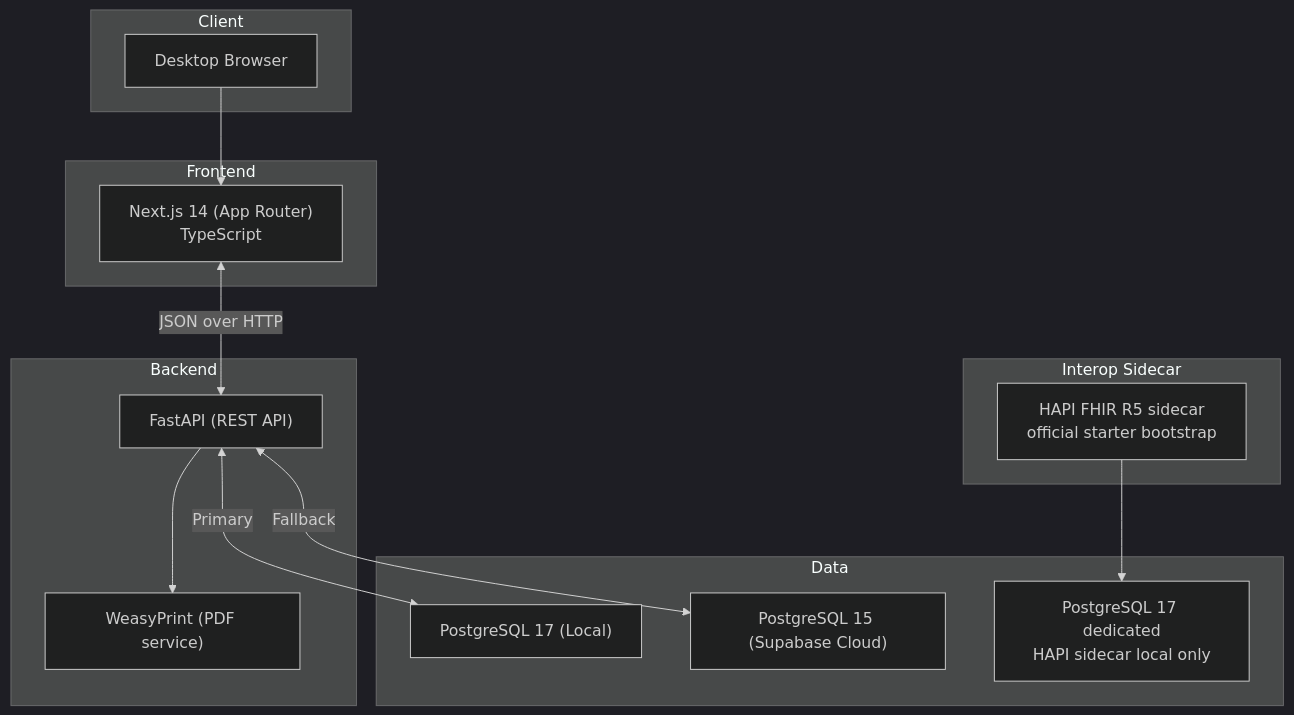
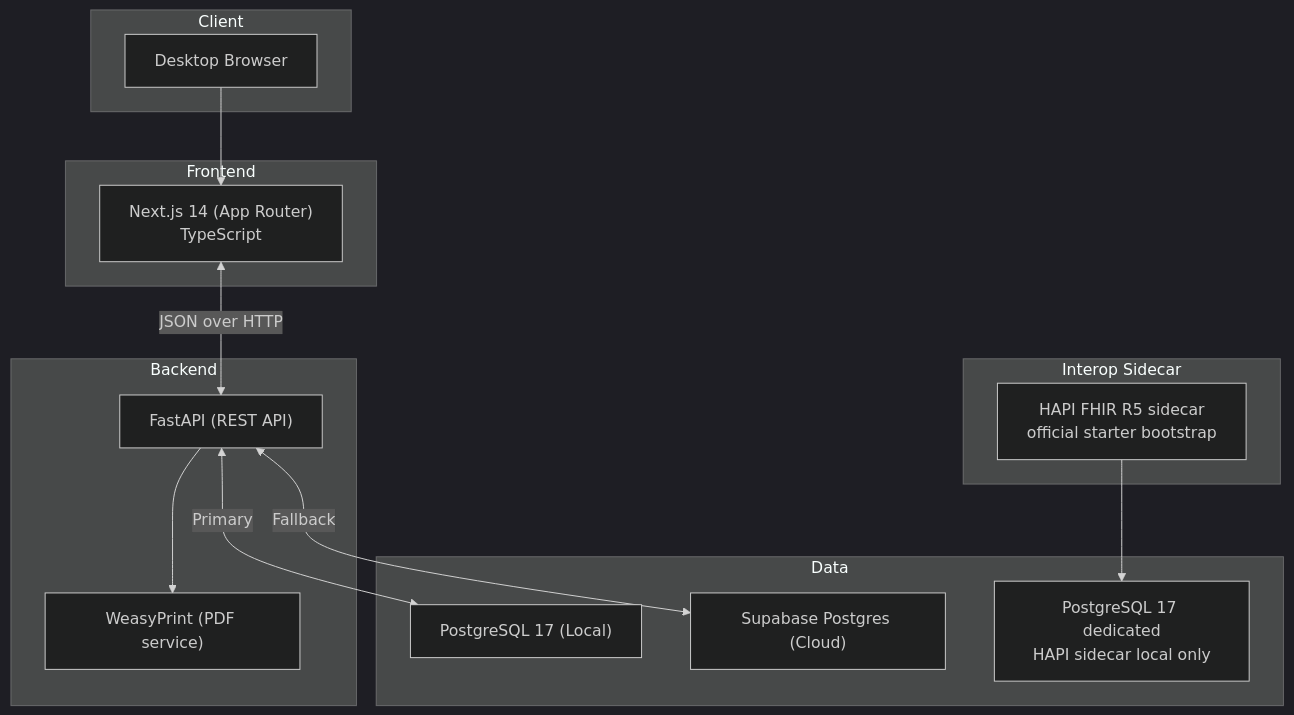
Before and after one commit to AIOjPINEDA/EHR_Local: the first of 2 diagrams in docs/architecture/overview.md, drawn with Mermaid (dark theme). The commit also changed 3 other files, not shown here.

````diff
--- a/docs/architecture/overview.md
+++ b/docs/architecture/overview.md
@@ -11,32 +11,32 @@
 ```mermaid
 flowchart TB
     subgraph Client ["Client"]
         Browser["Desktop Browser"]
     end
 
     subgraph Frontend ["Frontend"]
         NextJS["Next.js 14 (App Router)<br/>TypeScript"]
     end
 
     subgraph Backend ["Backend"]
         FastAPI["FastAPI (REST API)"]
         PDF["WeasyPrint (PDF service)"]
     end
 
     subgraph Sidecar ["Interop Sidecar"]
         HAPI["HAPI FHIR R5 sidecar<br/>official starter bootstrap"]
     end
 
     subgraph Data ["Data"]
         PG17["PostgreSQL 17 (Local)"]
-        PG15["PostgreSQL 15 (Supabase Cloud)"]
+        SupabasePG["Supabase Postgres (Cloud)"]
         HAPIPG["PostgreSQL 17 dedicated<br/>HAPI sidecar local only"]
     end
 
     Browser --> NextJS
     NextJS <-->|JSON over HTTP| FastAPI
     FastAPI --> PDF
     FastAPI <-->|Primary| PG17
-    FastAPI <-->|Fallback| PG15
+    FastAPI <-->|Fallback| SupabasePG
     HAPI --> HAPIPG
 ```
````
